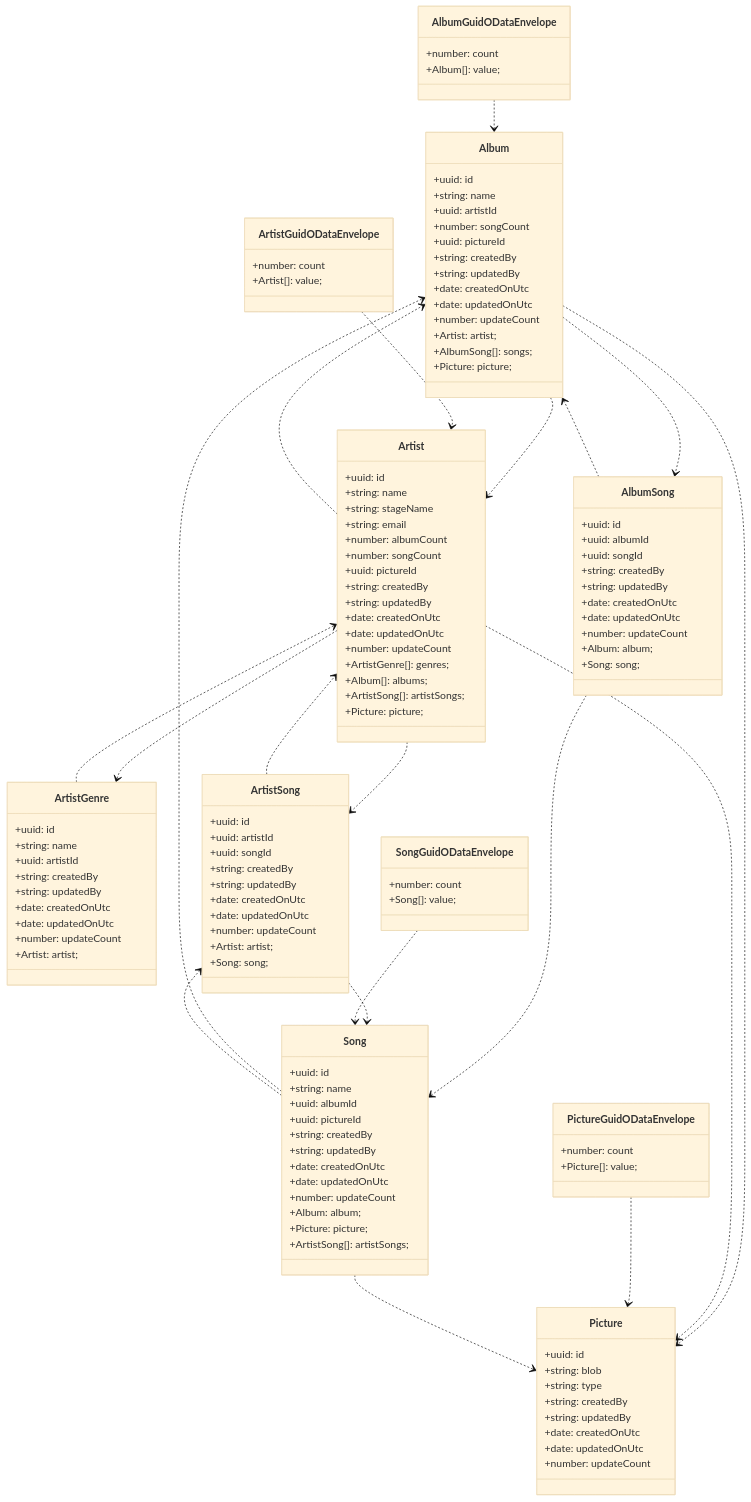
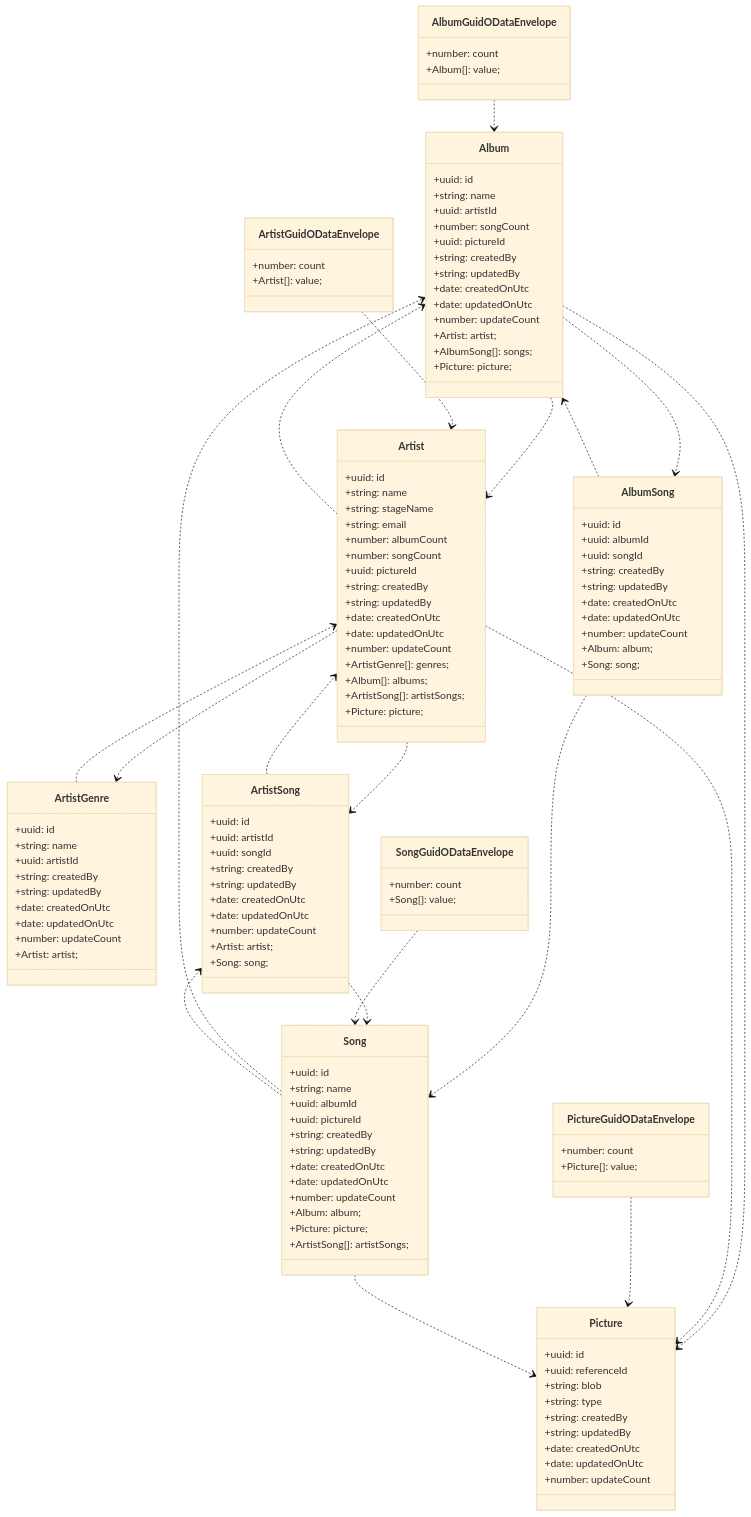
Before and after one commit to ikemtz/ITEC5905: the diagram in docs/artists-odata/class-diagram.md, drawn with Mermaid (base theme). The commit also changed 118 other files, not shown here.

```diff
--- a/docs/artists-odata/class-diagram.md
+++ b/docs/artists-odata/class-diagram.md
@@ -99,6 +99,7 @@
   }
   class Picture{
     +uuid: id
+    +uuid: referenceId
     +string: blob
     +string: type
     +string: createdBy
```
